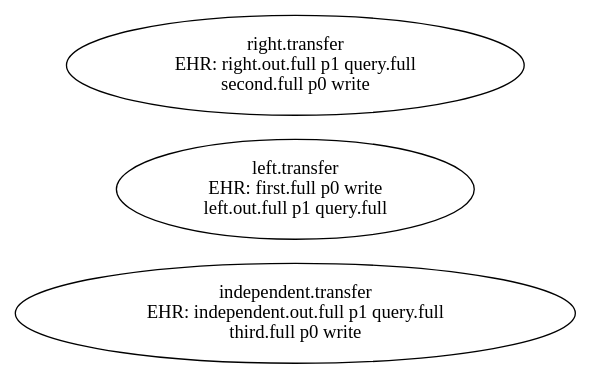
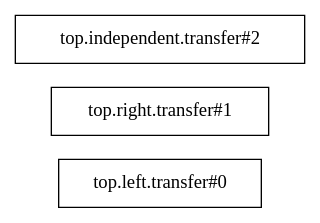
Before and after one commit to PTO-ISA/pyCircuit: the diagram in pycircuit/builds/shared_state/rule-graph.dot, drawn with Graphviz. The commit also changed 130 other files, not shown here.

```diff
--- a/pycircuit/builds/shared_state/rule-graph.dot
+++ b/pycircuit/builds/shared_state/rule-graph.dot
@@ -1,6 +1,7 @@
-digraph rules {
+digraph Transactions {
   rankdir=LR;
-  "independent.transfer" [label="independent.transfer\nEHR: independent.out.full p1 query.full\nthird.full p0 write"];
-  "left.transfer" [label="left.transfer\nEHR: first.full p0 write\nleft.out.full p1 query.full"];
-  "right.transfer" [label="right.transfer\nEHR: right.out.full p1 query.full\nsecond.full p0 write"];
+  node [shape=box];
+  t0 [label="top.left.transfer#0"];
+  t1 [label="top.right.transfer#1"];
+  t2 [label="top.independent.transfer#2"];
 }
```
